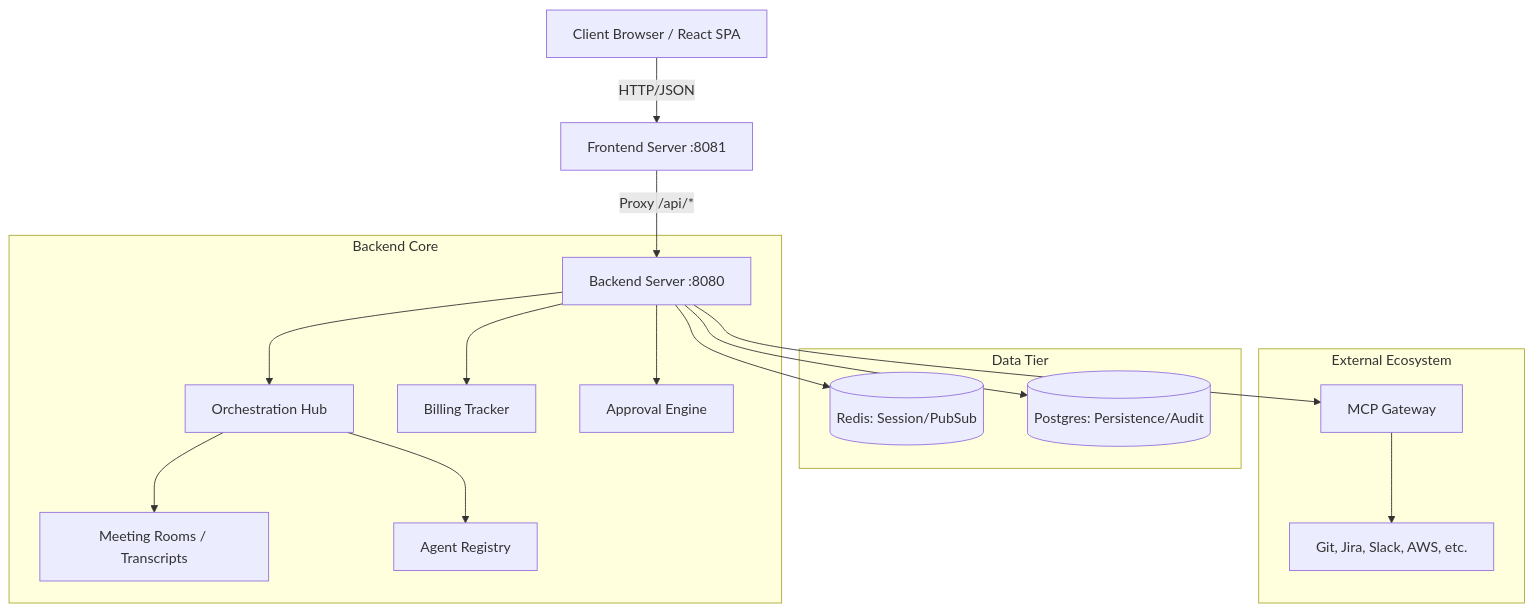
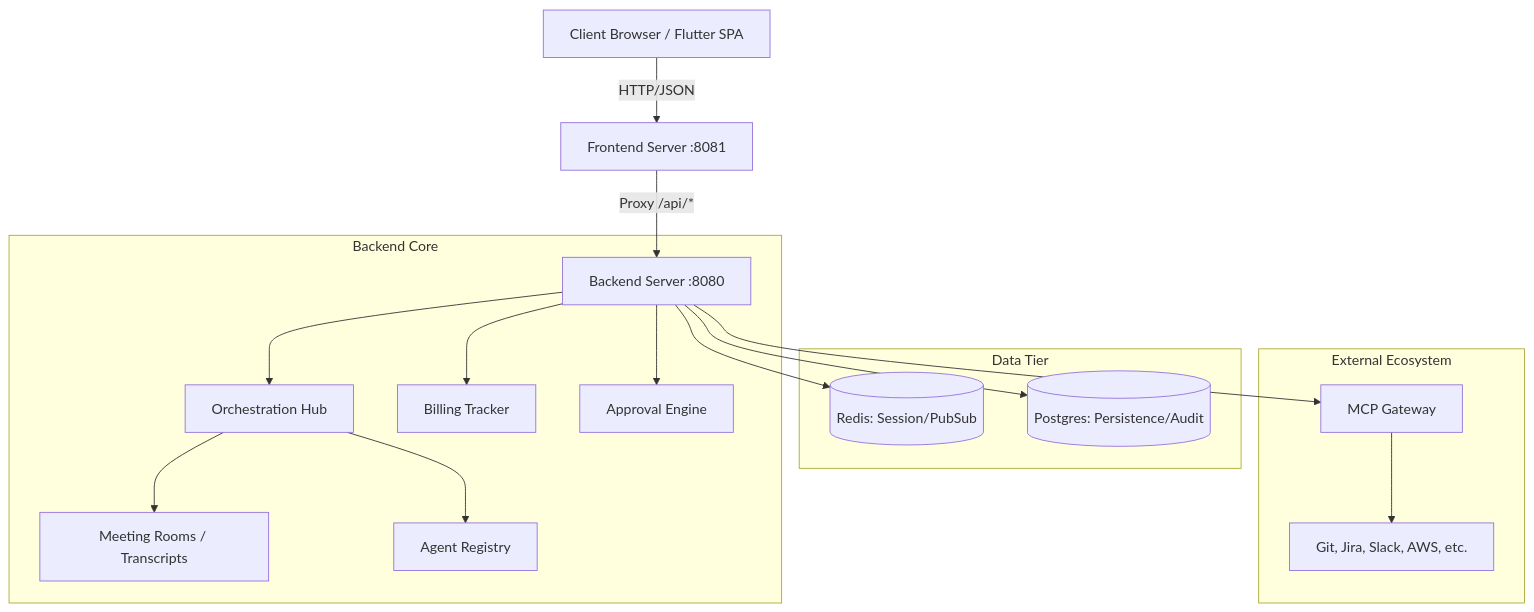
Before and after one commit to onehumancorp/mono: the first of 2 diagrams in docs/system-design.md, drawn with Mermaid. The commit also changed 31 other files, not shown here.

First line of the commit message:
docs: update frontend references from React to Flutter/Dart

````diff
--- a/docs/system-design.md
+++ b/docs/system-design.md
@@ -30,23 +30,23 @@
 ```mermaid
 graph TD
-    Client[Client Browser / React SPA] -->|HTTP/JSON| FE[Frontend Server :8081]
+    Client[Client Browser / Flutter SPA] -->|HTTP/JSON| FE[Frontend Server :8081]
     FE -->|Proxy /api/*| BE[Backend Server :8080]
     
     subgraph "Backend Core"
         BE --> Hub[Orchestration Hub]
         BE --> Billing[Billing Tracker]
         BE --> Approval[Approval Engine]
         Hub --> Meetings[Meeting Rooms / Transcripts]
         Hub --> Registry[Agent Registry]
     end
 
     subgraph "Data Tier"
         BE --> Redis[(Redis: Session/PubSub)]
         BE --> DB[(Postgres: Persistence/Audit)]
     end
 
     subgraph "External Ecosystem"
         BE --> MCP[MCP Gateway]
         MCP --> Tools[Git, Jira, Slack, AWS, etc.]
     end
 ```
````
